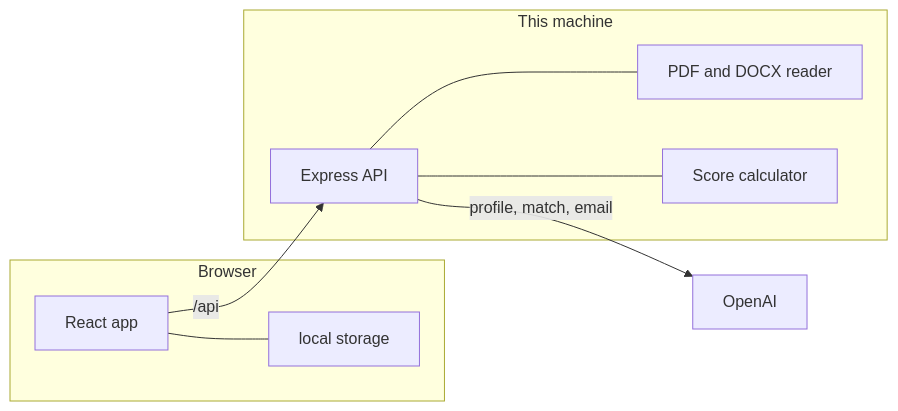
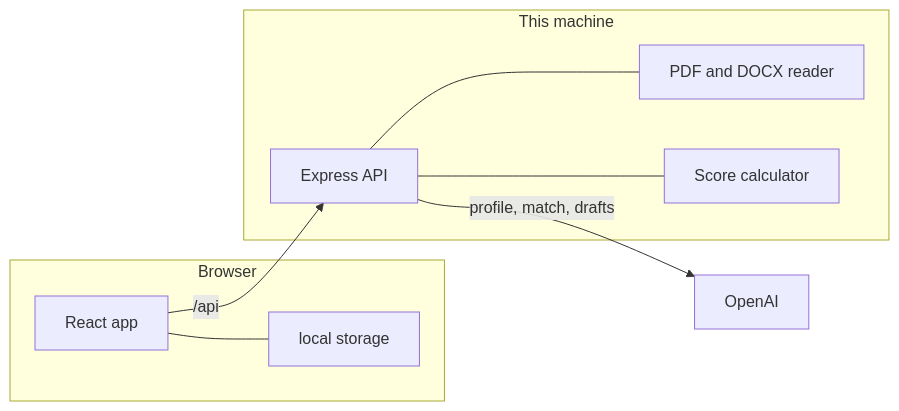
Before and after one commit to MrSriJay/jobfit-ai: the diagram in README.md, drawn with Mermaid. The commit also changed other lines of this file and 12 other files, not shown here.

````diff
--- a/README.md
+++ b/README.md
@@ -52,18 +53,18 @@
 ```mermaid
 flowchart LR
   subgraph browser [Browser]
     UI["React app"]
     Store["local storage"]
     UI --- Store
   end
   subgraph server [This machine]
     API["Express API"]
     Docs["PDF and DOCX reader"]
     Score["Score calculator"]
     API --- Docs
     API --- Score
   end
   Model["OpenAI"]
   UI -->|"/api"| API
-  API -->|"profile, match, email"| Model
+  API -->|"profile, match, drafts"| Model
 ```
````
